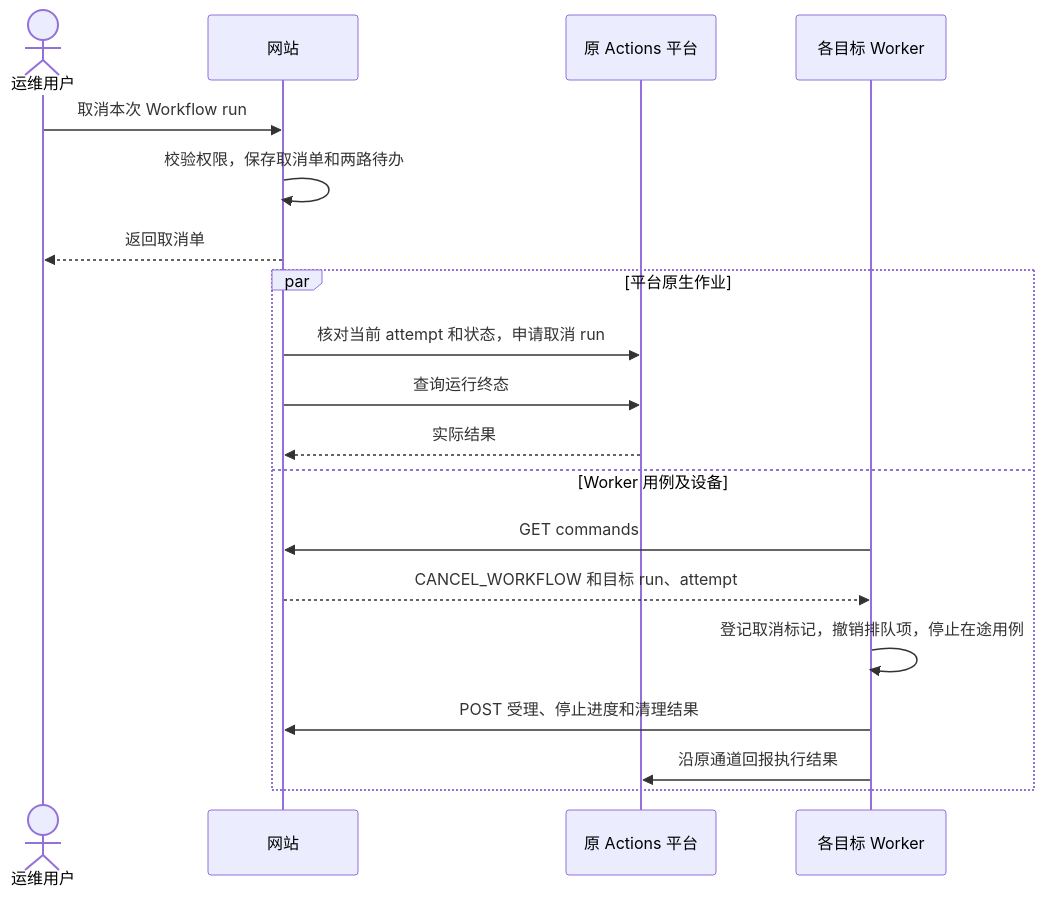
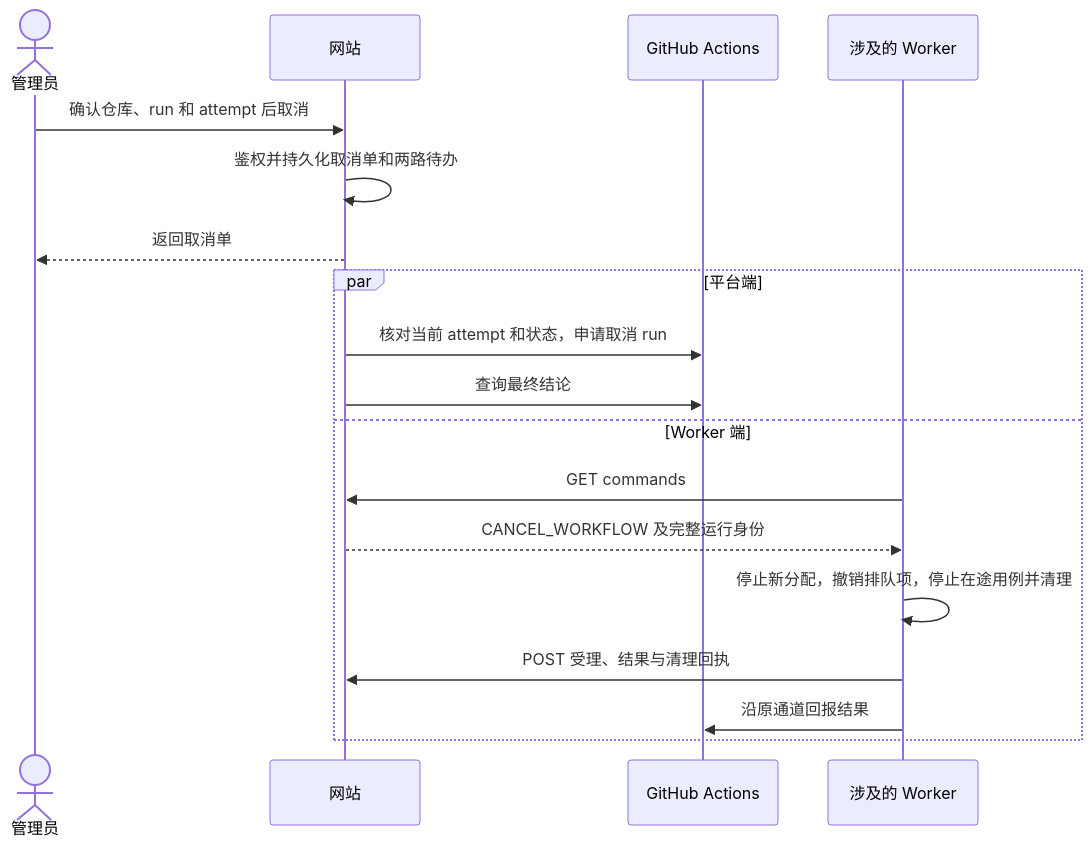
Before and after one commit to depeng1994/lite-actions: the second of 3 diagrams in control-center/docs/PRD.md, drawn with Mermaid. The commit also changed other lines of this file, not shown here.

````diff
--- a/control-center/docs/PRD.md
+++ b/control-center/docs/PRD.md
@@ -59,21 +61,20 @@
 ```mermaid
 sequenceDiagram
-    actor U as 运维用户
+    actor U as 管理员
     participant S as 网站
-    participant P as 原 Actions 平台
-    participant W as 各目标 Worker
-    U->>S: 取消本次 Workflow run
-    S->>S: 校验权限，保存取消单和两路待办
+    participant P as GitHub Actions
+    participant W as 涉及的 Worker
+    U->>S: 确认仓库、run 和 attempt 后取消
+    S->>S: 鉴权并持久化取消单和两路待办
     S-->>U: 返回取消单
-    par 平台原生作业
+    par 平台端
         S->>P: 核对当前 attempt 和状态，申请取消 run
-        S->>P: 查询运行终态
-        P-->>S: 实际结果
-    and Worker 用例及设备
+        S->>P: 查询最终结论
+    and Worker 端
         W->>S: GET commands
-        S-->>W: CANCEL_WORKFLOW 和目标 run、attempt
-        W->>W: 登记取消标记，撤销排队项，停止在途用例
-        W->>S: POST 受理、停止进度和清理结果
-        W->>P: 沿原通道回报执行结果
+        S-->>W: CANCEL_WORKFLOW 及完整运行身份
+        W->>W: 停止新分配，撤销排队项，停止在途用例并清理
+        W->>S: POST 受理、结果与清理回执
+        W->>P: 沿原通道回报结果
     end
 ```
````
